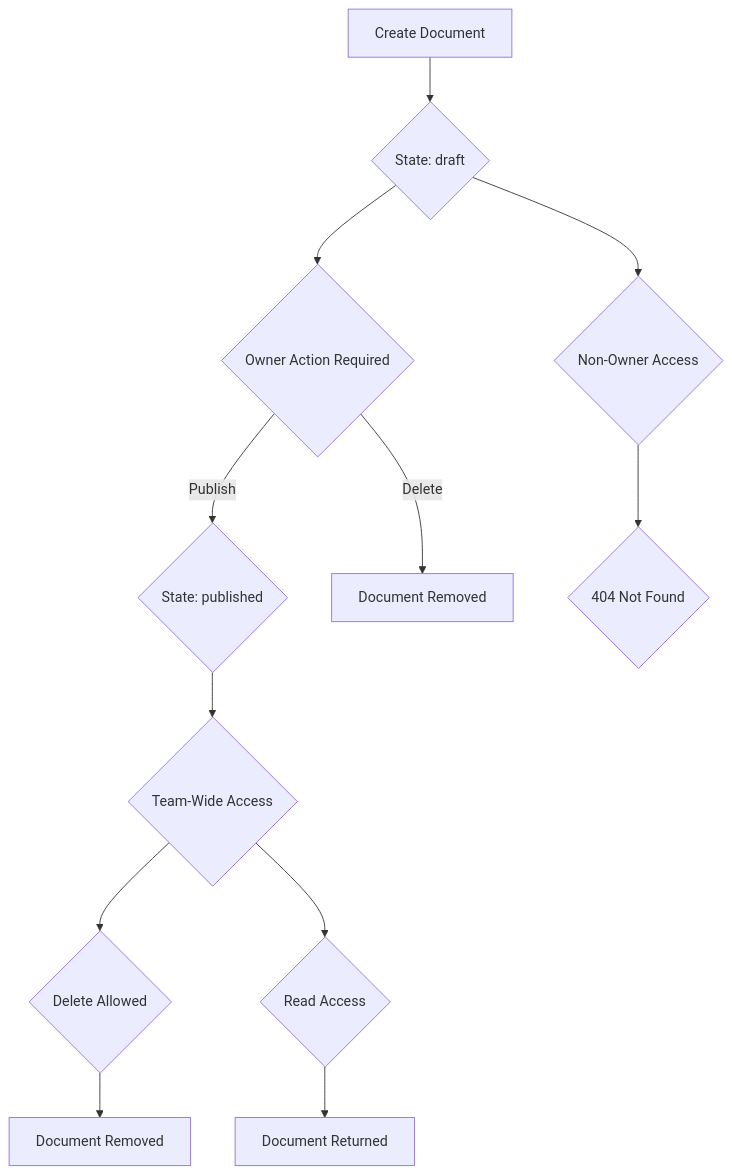
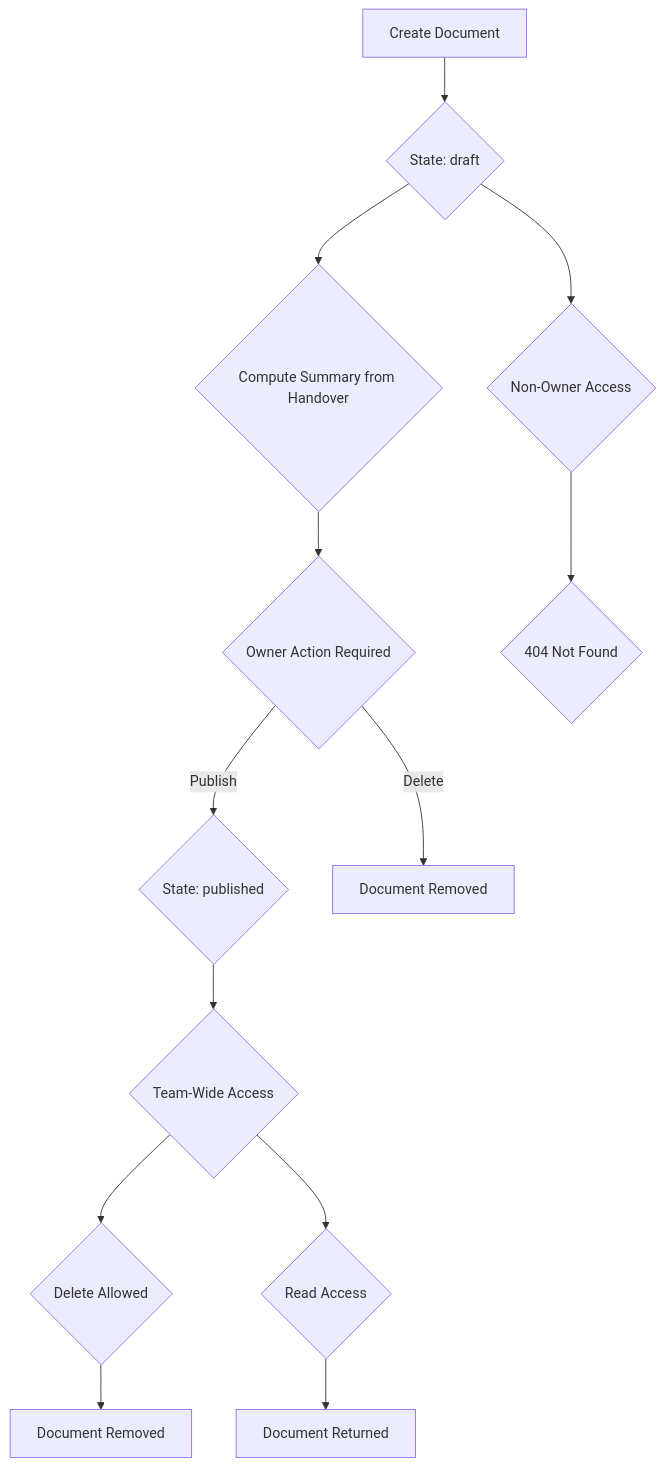
One commit to metasync/luban-aiops changed diagram 20 of 40 in .qoder/repowiki/en/content/Agent Platform Service/Agent Platform Service.md. Above: the diagram before and after it, drawn with Mermaid. The commit also changed other lines of this file and 4 other files, not shown here.

````diff
--- a/.qoder/repowiki/en/content/Agent Platform Service/Agent Platform Service.md
+++ b/.qoder/repowiki/en/content/Agent Platform Service/Agent Platform Service.md
@@ -1388,14 +1401,15 @@
 ```mermaid
 flowchart TD
 A["Create Document"] --> B{"State: draft"}
-B --> C{"Owner Action Required"}
-C --> |Publish| D{"State: published"}
-D --> E{"Team-Wide Access"}
-E --> F{"Delete Allowed"}
-F --> G["Document Removed"]
-C --> |Delete| H["Document Removed"]
-B --> I{"Non-Owner Access"}
-I --> J{"404 Not Found"}
-E --> K{"Read Access"}
-K --> L["Document Returned"]
+B --> C{"Compute Summary from Handover"}
+C --> D{"Owner Action Required"}
+D --> |Publish| E{"State: published"}
+E --> F{"Team-Wide Access"}
+F --> G{"Delete Allowed"}
+G --> H["Document Removed"]
+D --> |Delete| I["Document Removed"]
+B --> J{"Non-Owner Access"}
+J --> K{"404 Not Found"}
+F --> L{"Read Access"}
+L --> M["Document Returned"]
 ```
````
